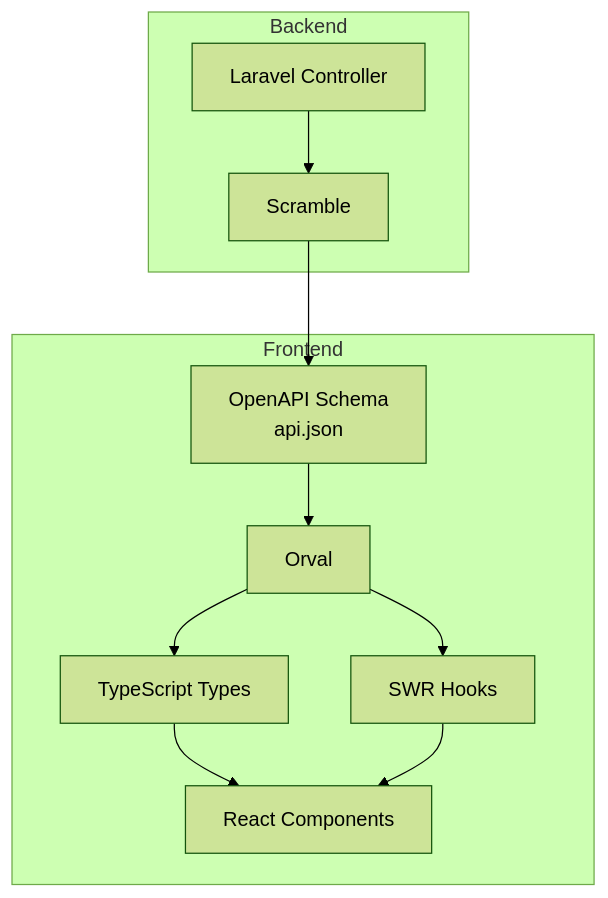
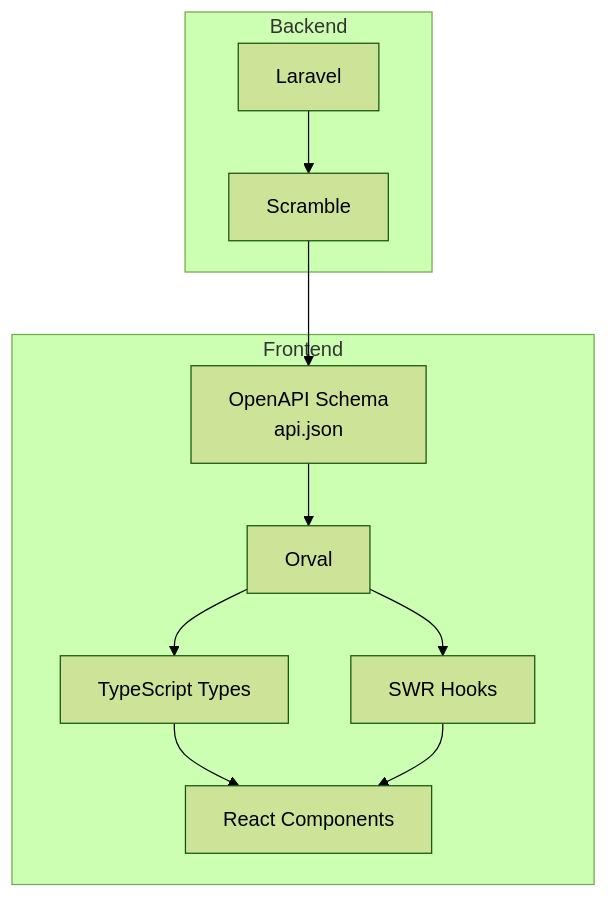
The second of 2 diagrams in articles/laravel-scramble-orval.md (kou-tech/zenn), drawn with Mermaid (forest theme) before and after one commit.

Commit message:
Change: フローチャートのノード名を「Laravel Controller」から「Laravel」に変更

````diff
--- a/articles/laravel-scramble-orval.md
+++ b/articles/laravel-scramble-orval.md
@@ -387,15 +387,15 @@
 ```mermaid
 flowchart TB
     subgraph Backend
-        A[Laravel Controller] --> B[Scramble]
+        A[Laravel] --> B[Scramble]
     end
 
     B --> C[OpenAPI Schema<br/>api.json]
 
     subgraph Frontend
         C --> D[Orval]
         D --> E[TypeScript Types]
         D --> F[SWR Hooks]
         E & F --> G[React Components]
     end
 ```
````
